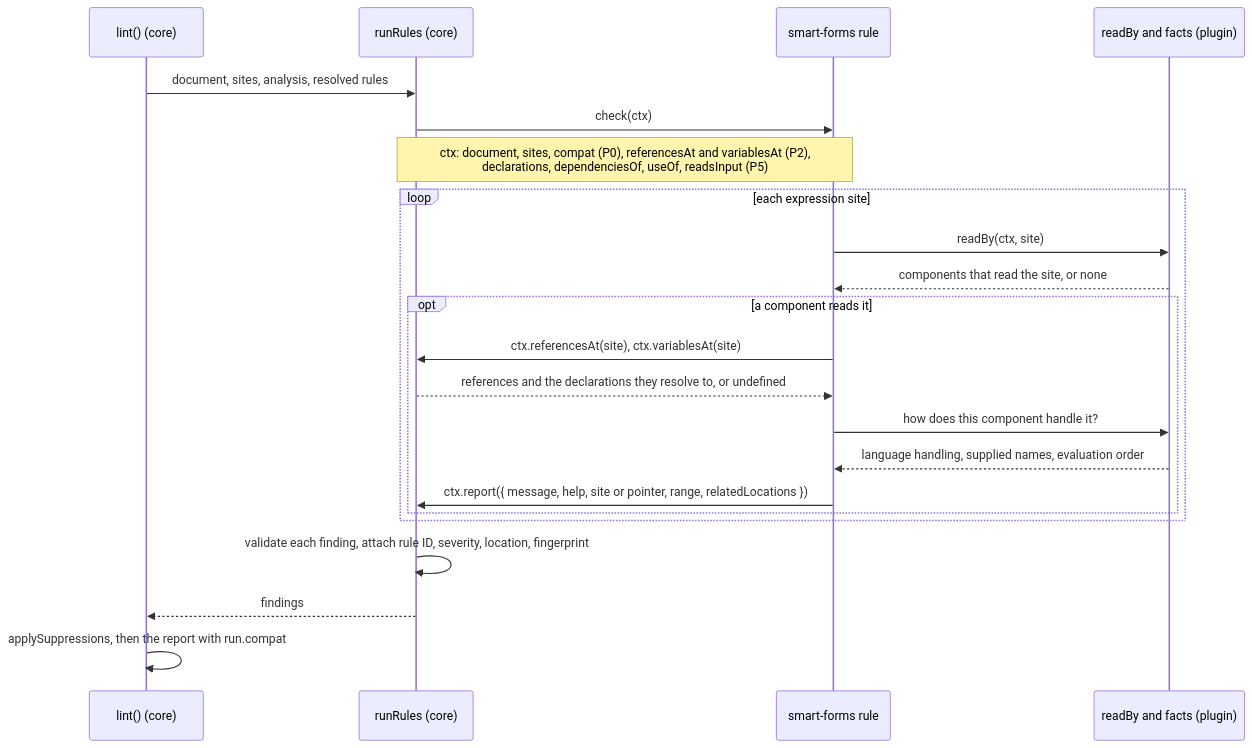
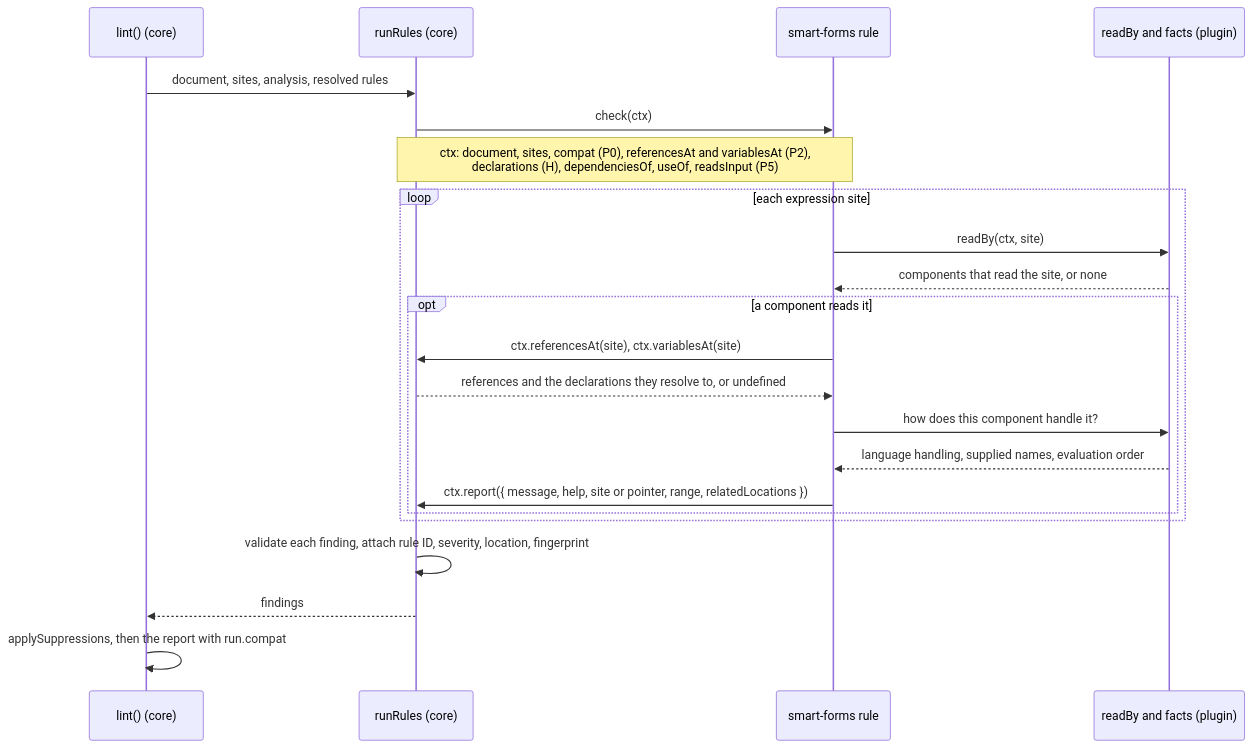
The second of 3 diagrams in docs/smart-forms-rules.md (aehrc/sdc-questionnaire-lint), drawn with Mermaid before and after one commit. The commit also changed other lines of this file and 3 other files, not shown here.

````diff
--- a/docs/smart-forms-rules.md
+++ b/docs/smart-forms-rules.md
@@ -113,25 +114,25 @@
 ```mermaid
 sequenceDiagram
   participant Lint as lint() (core)
   participant Runner as runRules (core)
   participant Rule as smart-forms rule
   participant Facts as readBy and facts (plugin)
 
   Lint->>Runner: document, sites, analysis, resolved rules
   Runner->>Rule: check(ctx)
-  Note over Runner,Rule: ctx: document, sites, compat (P0), referencesAt and variablesAt (P2),<br/>declarations, dependenciesOf, useOf, readsInput (P5)
+  Note over Runner,Rule: ctx: document, sites, compat (P0), referencesAt and variablesAt (P2),<br/>declarations (H), dependenciesOf, useOf, readsInput (P5)
   loop each expression site
     Rule->>Facts: readBy(ctx, site)
     Facts-->>Rule: components that read the site, or none
     opt a component reads it
       Rule->>Runner: ctx.referencesAt(site), ctx.variablesAt(site)
       Runner-->>Rule: references and the declarations they resolve to, or undefined
       Rule->>Facts: how does this component handle it?
       Facts-->>Rule: language handling, supplied names, evaluation order
       Rule->>Runner: ctx.report({ message, help, site or pointer, range, relatedLocations })
     end
   end
   Runner->>Runner: validate each finding, attach rule ID, severity, location, fingerprint
   Runner-->>Lint: findings
   Lint->>Lint: applySuppressions, then the report with run.compat
 ```
````
